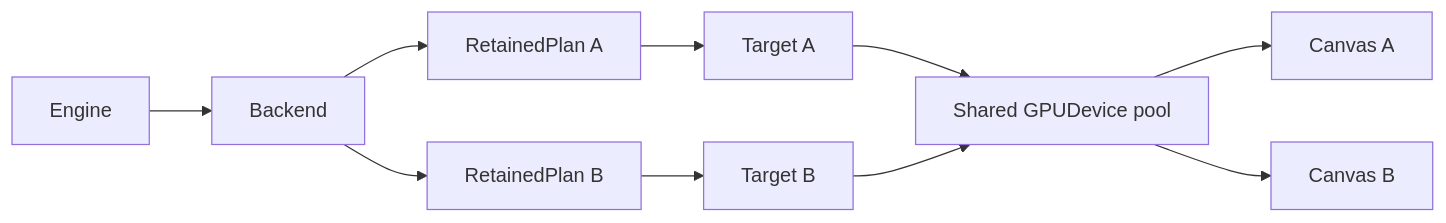
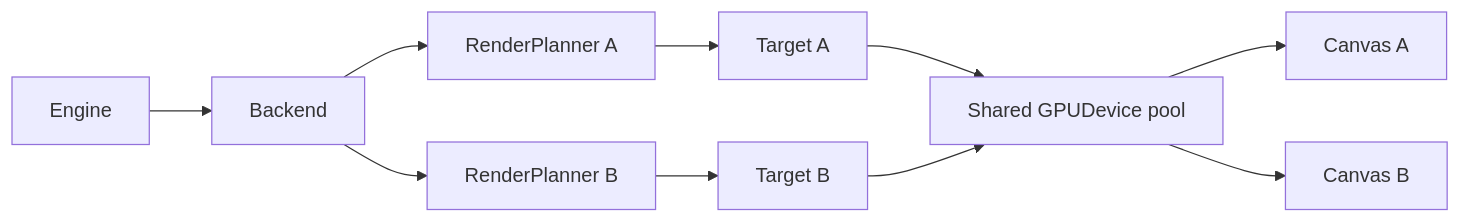
Before and after one commit to pmndrs/glyph: the sixth of 9 diagrams in docs/planning/font-runtime-ownership.md, drawn with Mermaid. The commit also changed other lines of this file and 14 other files, not shown here.

````diff
--- a/docs/planning/font-runtime-ownership.md
+++ b/docs/planning/font-runtime-ownership.md
@@ -1101,8 +1101,8 @@
 ```mermaid
 flowchart LR
   R[Engine] --> H[Backend]
-  H --> S1[RetainedPlan A] --> T1[Target A] --> D[Shared GPUDevice pool]
-  H --> S2[RetainedPlan B] --> T2[Target B] --> D
+  H --> S1[RenderPlanner A] --> T1[Target A] --> D[Shared GPUDevice pool]
+  H --> S2[RenderPlanner B] --> T2[Target B] --> D
   D --> C1[Canvas A]
   D --> C2[Canvas B]
 ```
````
